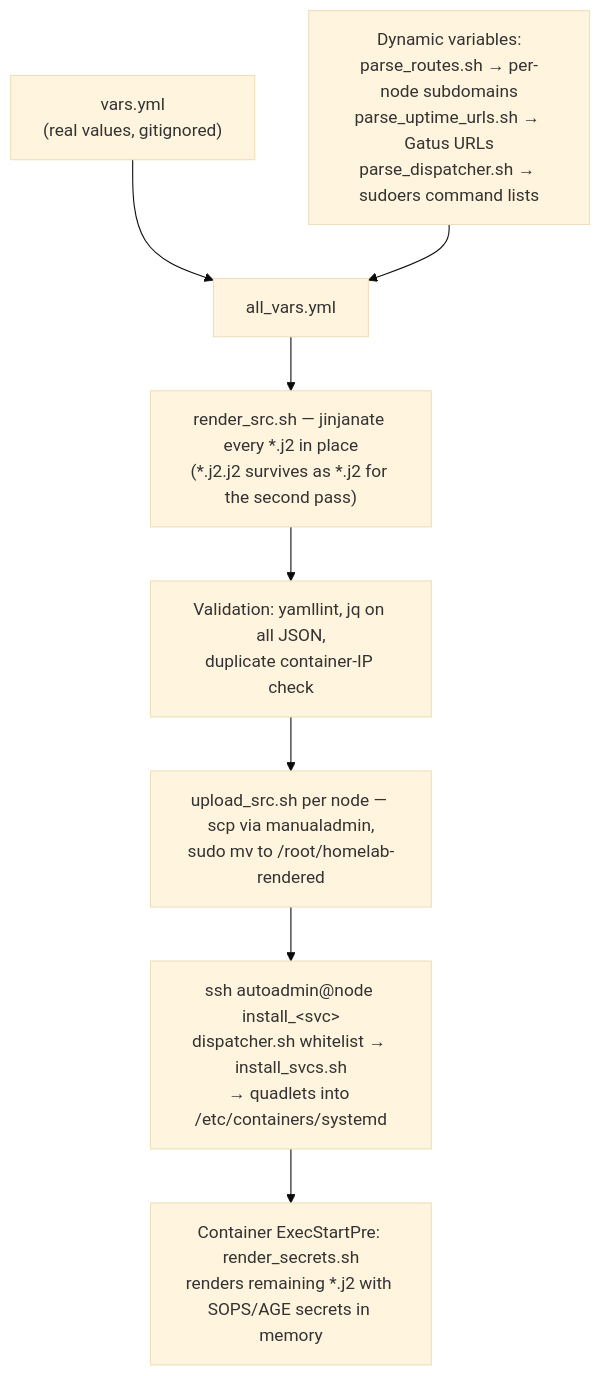
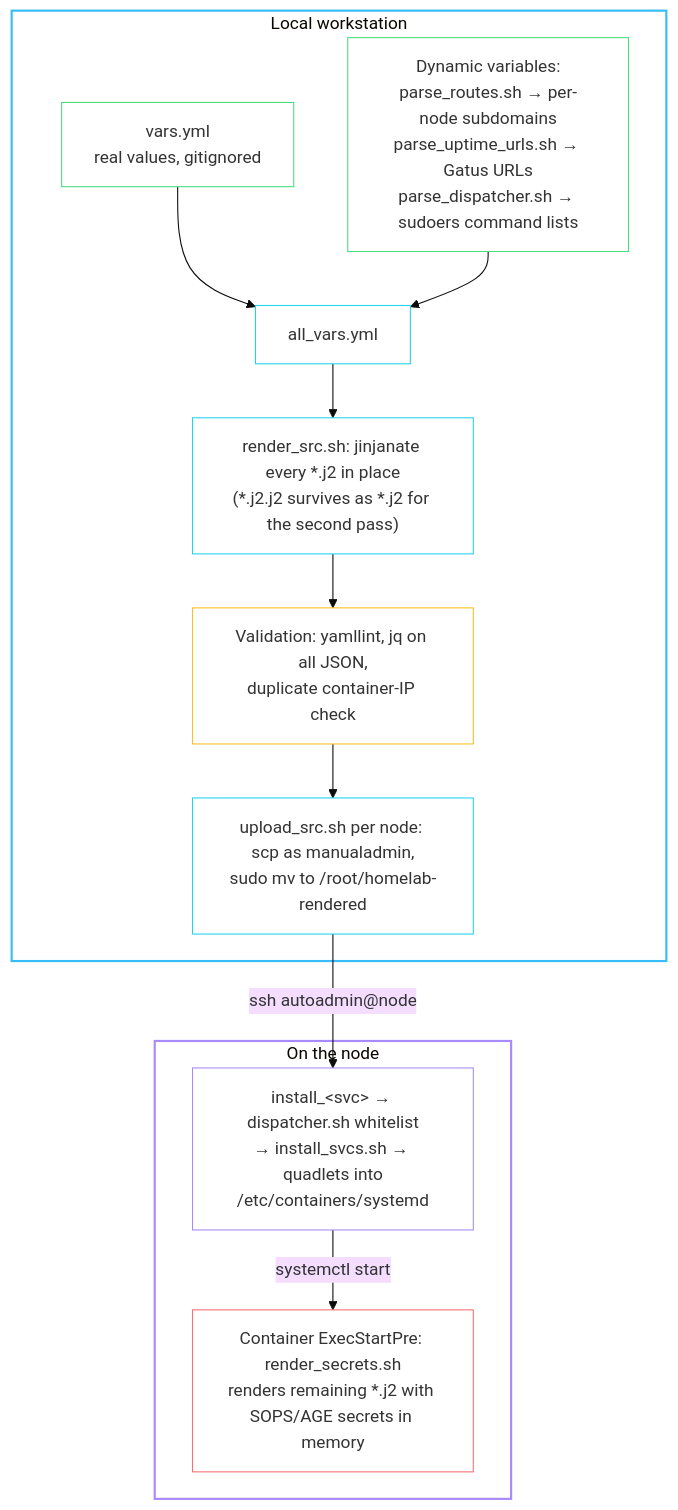
One commit to babraham123/homesite changed the diagram in src/www/docs/homelab/development.md. Above: the diagram before and after it, drawn with Mermaid (base theme). The commit also changed other lines of this file and 11 other files, not shown here.

Commit message:
improve the wording, diagrams

````diff
--- a/src/www/docs/homelab/development.md
+++ b/src/www/docs/homelab/development.md
@@ -34,15 +48,35 @@
 ```mermaid
 flowchart TB
-    vars["vars.yml<br/>(real values, gitignored)"]
-    parse["Dynamic variables:<br/>parse_routes.sh → per-node subdomains<br/>parse_uptime_urls.sh → Gatus URLs<br/>parse_dispatcher.sh → sudoers command lists"]
-    allvars["all_vars.yml"]
-    render["render_src.sh — jinjanate every *.j2 in place<br/>(*.j2.j2 survives as *.j2 for the second pass)"]
-    validate["Validation: yamllint, jq on all JSON,<br/>duplicate container-IP check"]
-    upload["upload_src.sh per node — scp via manualadmin,<br/>sudo mv to /root/homelab-rendered"]
-    dispatch["ssh autoadmin@node install_&lt;svc&gt;<br/>dispatcher.sh whitelist → install_svcs.sh<br/>→ quadlets into /etc/containers/systemd"]
-    second["Container ExecStartPre: render_secrets.sh<br/>renders remaining *.j2 with SOPS/AGE secrets in memory"]
+    subgraph local["Local workstation"]
+        vars["vars.yml<br/>real values, gitignored"]
+        parse["Dynamic variables:<br/>parse_routes.sh → per-node subdomains<br/>parse_uptime_urls.sh → Gatus URLs<br/>parse_dispatcher.sh → sudoers command lists"]
+        allvars["all_vars.yml"]
+        render["render_src.sh: jinjanate every *.j2 in place<br/>(*.j2.j2 survives as *.j2 for the second pass)"]
+        validate["Validation: yamllint, jq on all JSON,<br/>duplicate container-IP check"]
+        upload["upload_src.sh per node: scp as manualadmin,<br/>sudo mv to /root/homelab-rendered"]
+    end
+
+    subgraph node["On the node"]
+        dispatch["install_&lt;svc&gt; → dispatcher.sh whitelist<br/>→ install_svcs.sh → quadlets into<br/>/etc/containers/systemd"]
+        second["Container ExecStartPre: render_secrets.sh<br/>renders remaining *.j2 with SOPS/AGE secrets in memory"]
+    end
 
     vars --> allvars
     parse --> allvars
-    allvars --> render --> validate --> upload --> dispatch --> second
+    allvars --> render --> validate --> upload
+    upload -- "ssh autoadmin@node" --> dispatch
+    dispatch -- "systemctl start" --> second
+
+    style local stroke:#38bdf8,stroke-width:2px,fill:transparent
+    style node stroke:#a78bfa,stroke-width:2px,fill:transparent
+    classDef input stroke:#4ade80,fill:transparent
+    classDef step stroke:#22d3ee,fill:transparent
+    classDef onnode stroke:#a78bfa,fill:transparent
+    classDef check stroke:#fbbf24,fill:transparent
+    classDef secret stroke:#f87171,fill:transparent
+    class vars,parse input
+    class allvars,render,upload step
+    class dispatch onnode
+    class validate check
+    class second secret
 ```
````
